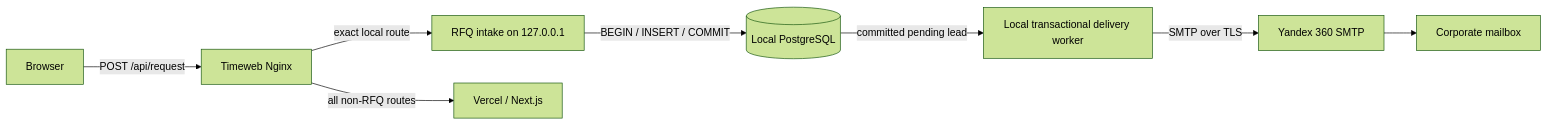
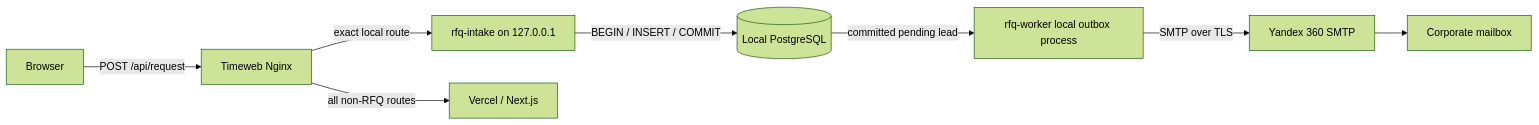
Before and after one commit to cyber-medica/medgraph: the diagram in docs/architecture/rfq-ru-first-intake-v1.md, drawn with Mermaid (forest theme). The commit also changed other lines of this file and 18 other files, not shown here.

````diff
--- a/docs/architecture/rfq-ru-first-intake-v1.md
+++ b/docs/architecture/rfq-ru-first-intake-v1.md
@@ -7,10 +7,10 @@
 ```mermaid
 flowchart LR
   B[Browser] -->|POST /api/request| N[Timeweb Nginx]
-  N -->|exact local route| S[RFQ intake on 127.0.0.1]
+  N -->|exact local route| S[rfq-intake on 127.0.0.1]
   S -->|BEGIN / INSERT / COMMIT| P[(Local PostgreSQL)]
-  P -->|committed pending lead| W[Local transactional delivery worker]
+  P -->|committed pending lead| W[rfq-worker local outbox process]
   W -->|SMTP over TLS| Y[Yandex 360 SMTP]
   Y --> I[Corporate mailbox]
   N -->|all non-RFQ routes| V[Vercel / Next.js]
 ```
````
